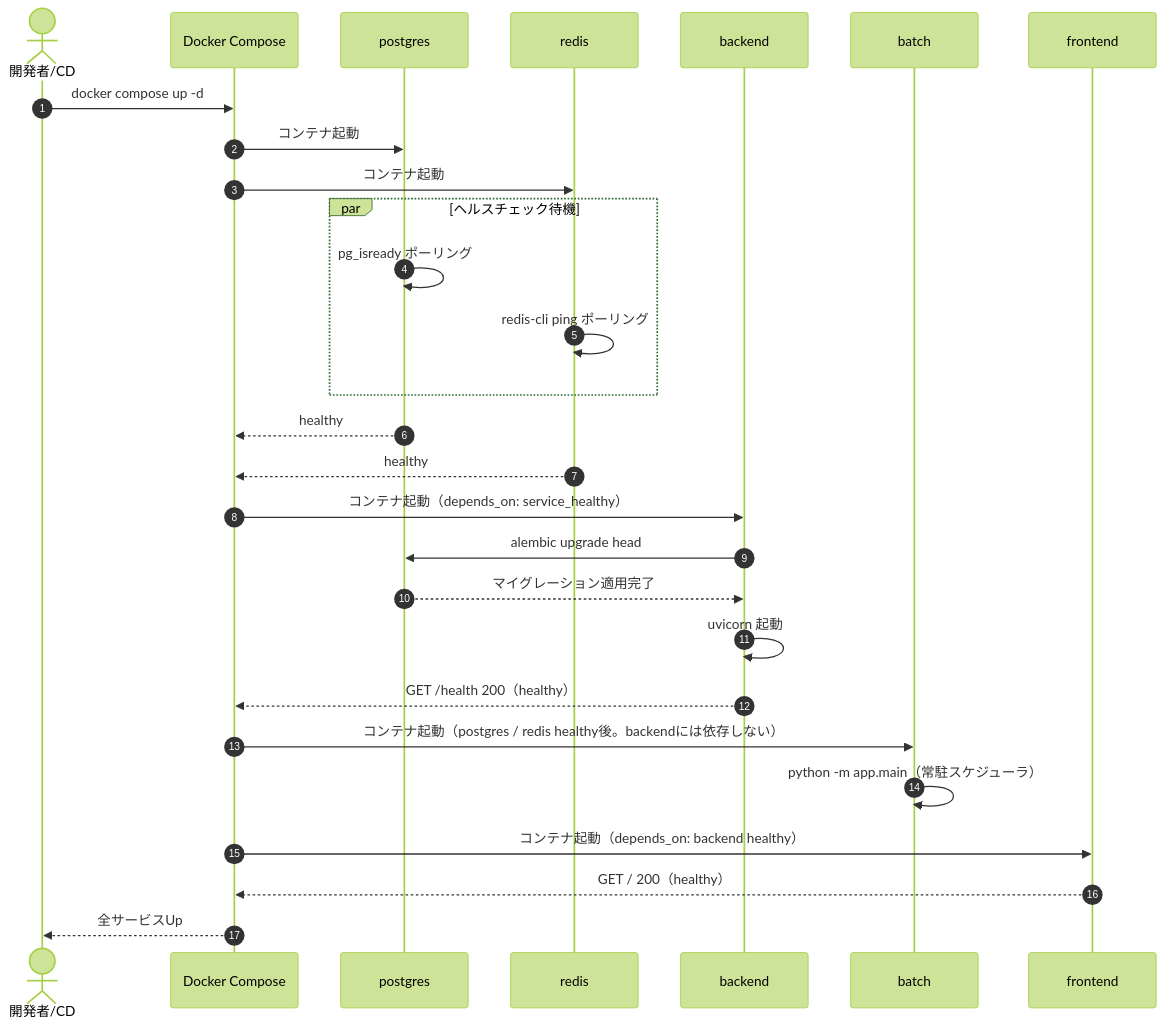
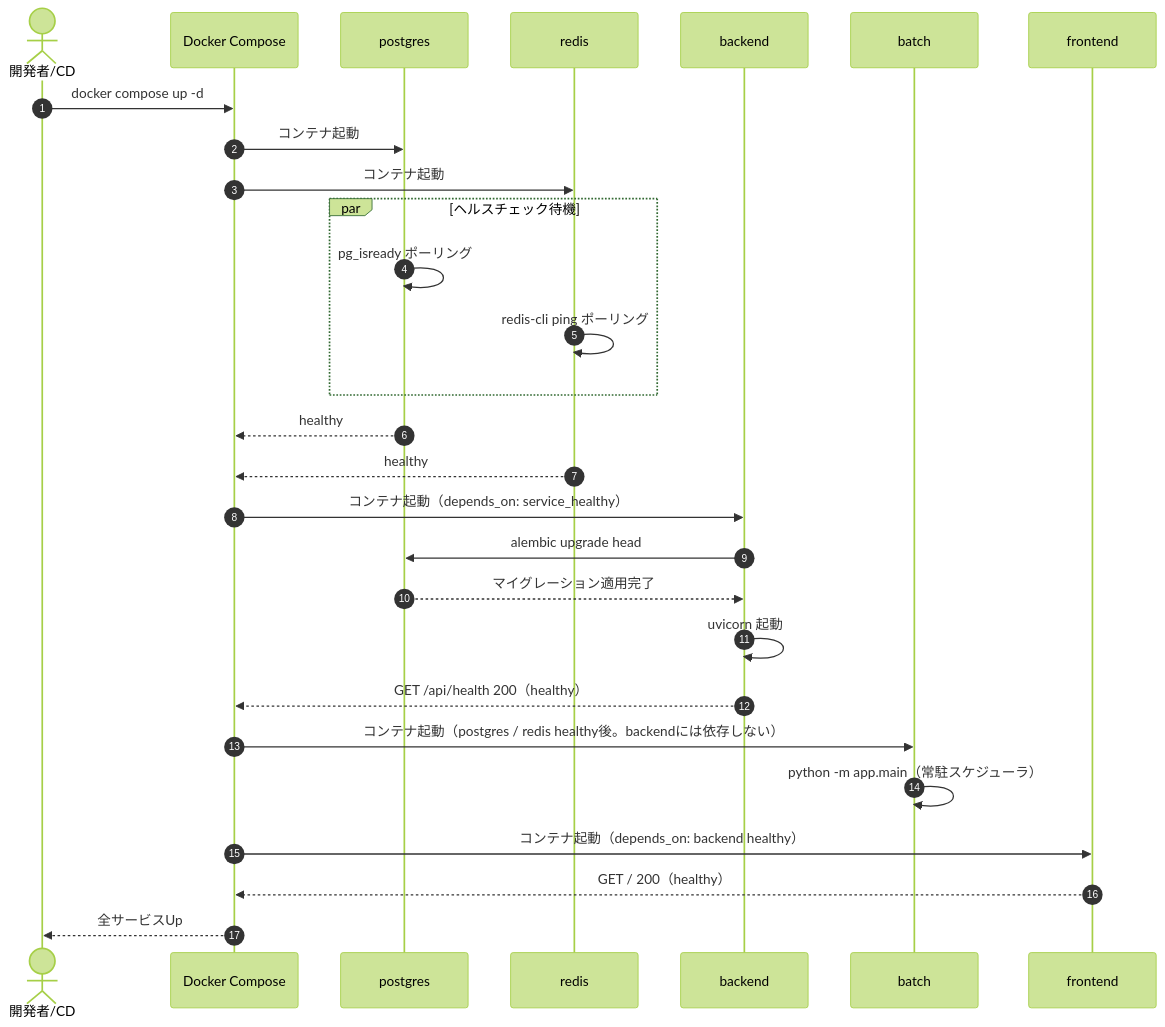
One commit to oikawa-d/task_management changed the first of 5 diagrams in detailed_design/infra/01_docker_compose.md. Above: the diagram before and after it, drawn with Mermaid (forest theme). The commit also changed other lines of this file and 14 other files, not shown here.

````diff
--- a/detailed_design/infra/01_docker_compose.md
+++ b/detailed_design/infra/01_docker_compose.md
@@ -69,31 +69,31 @@
 ```mermaid
 sequenceDiagram
     autonumber
     actor DEV as 開発者/CD
     participant DC as Docker Compose
     participant PG as postgres
     participant RD as redis
     participant BE as backend
     participant BA as batch
     participant FE as frontend
 
     DEV->>DC: docker compose up -d
     DC->>PG: コンテナ起動
     DC->>RD: コンテナ起動
     par ヘルスチェック待機
         PG->>PG: pg_isready ポーリング
         RD->>RD: redis-cli ping ポーリング
     end
     PG-->>DC: healthy
     RD-->>DC: healthy
     DC->>BE: コンテナ起動（depends_on: service_healthy）
     BE->>PG: alembic upgrade head
     PG-->>BE: マイグレーション適用完了
     BE->>BE: uvicorn 起動
-    BE-->>DC: GET /health 200（healthy）
+    BE-->>DC: GET /api/health 200（healthy）
     DC->>BA: コンテナ起動（postgres / redis healthy後。backendには依存しない）
     BA->>BA: python -m app.main（常駐スケジューラ）
     DC->>FE: コンテナ起動（depends_on: backend healthy）
     FE-->>DC: GET / 200（healthy）
     DC-->>DEV: 全サービスUp
 ```
````
